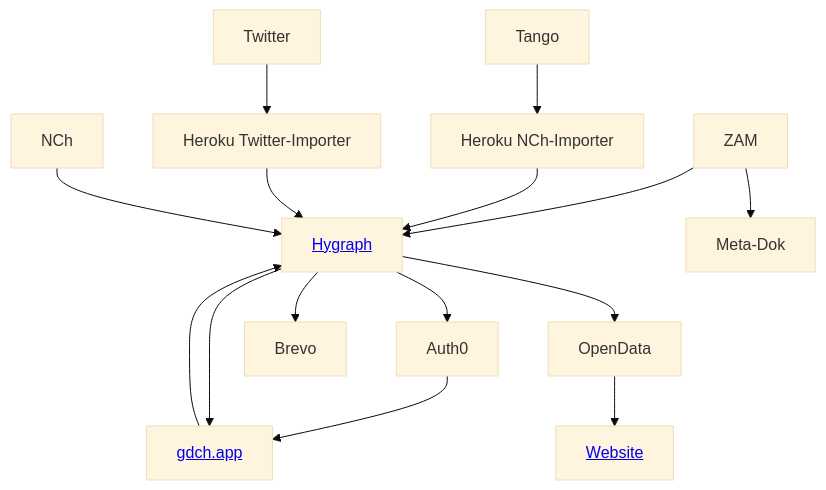
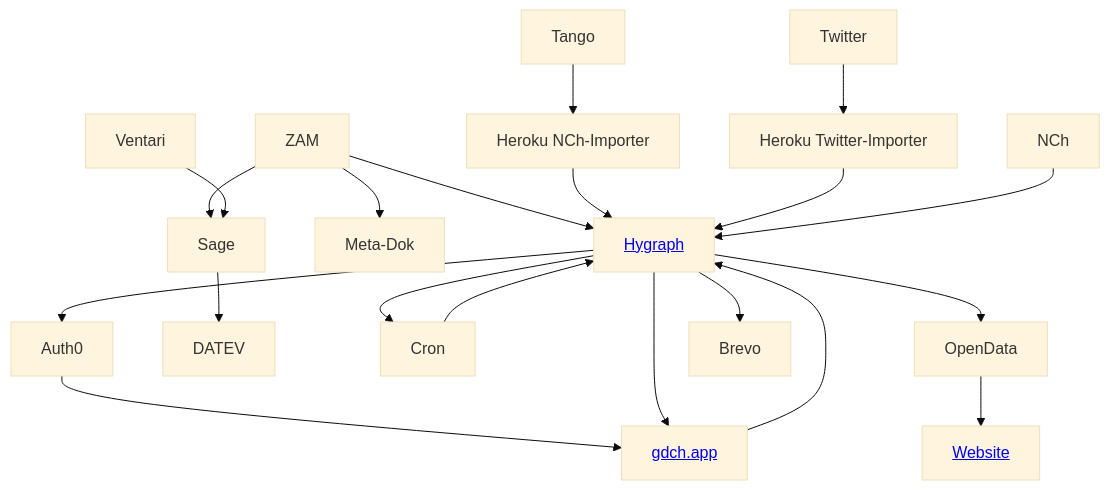
Before and after one commit to GDCh-de/docs: the diagram in infrastructure.md, drawn with Mermaid (base theme).

````diff
--- a/infrastructure.md
+++ b/infrastructure.md
@@ -3,10 +3,13 @@
 ```mermaid
 graph TD;
   Hygraph[<a href='/GDCh-de/docs/blob/main/hygraph.md'>Hygraph</a>] --> Auth0 --> App[<a href='https://gdch.app'>gdch.app</a>] --> Hygraph --> App;
-  ZAM --> Meta-Dok
+  ZAM --> Meta-Dok;
+  ZAM --> Sage --> DATEV;
+  Ventari --> Sage;
+  Hygraph --> Cron --> Hygraph;
   ZAM --> Hygraph;
   Tango --> Heroku2[Heroku NCh-Importer] --> Hygraph;
   Twitter --> Heroku3[Heroku Twitter-Importer] --> Hygraph;
   Hygraph --> OpenData --> Website[<a href='https://gdch.de'>Website</a>];
   NCh --> Hygraph --> Brevo
 ```
````
